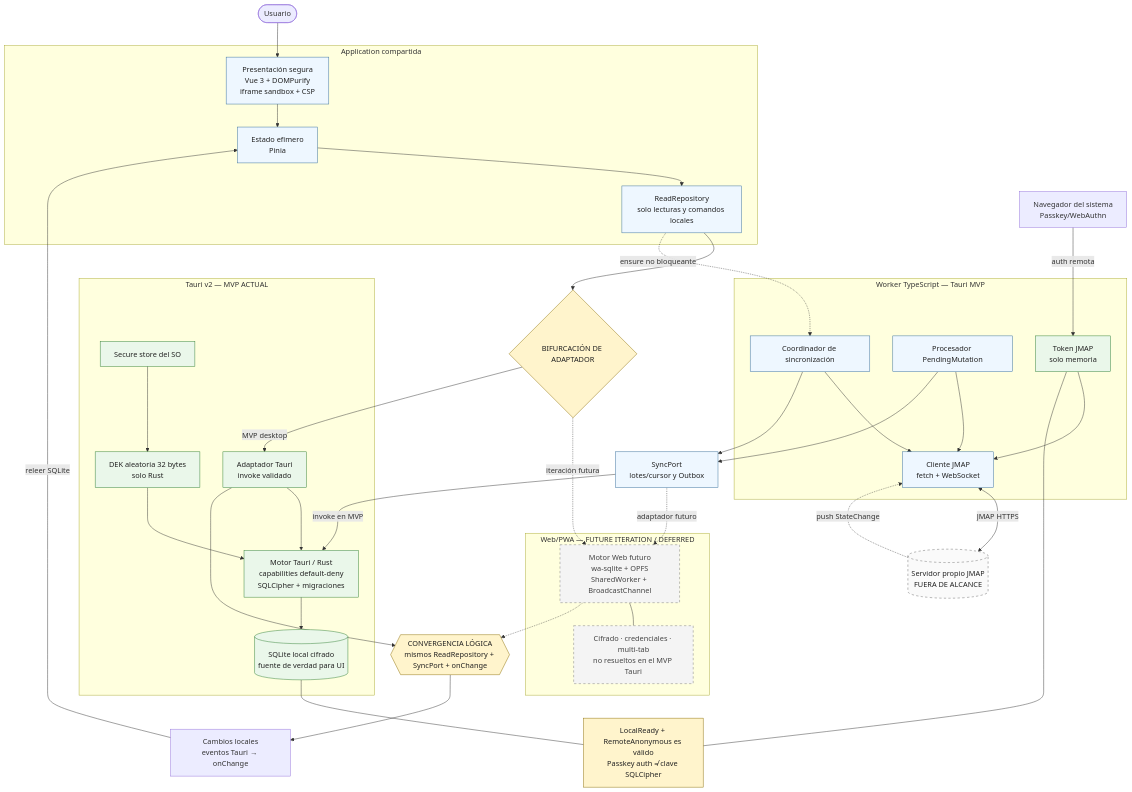
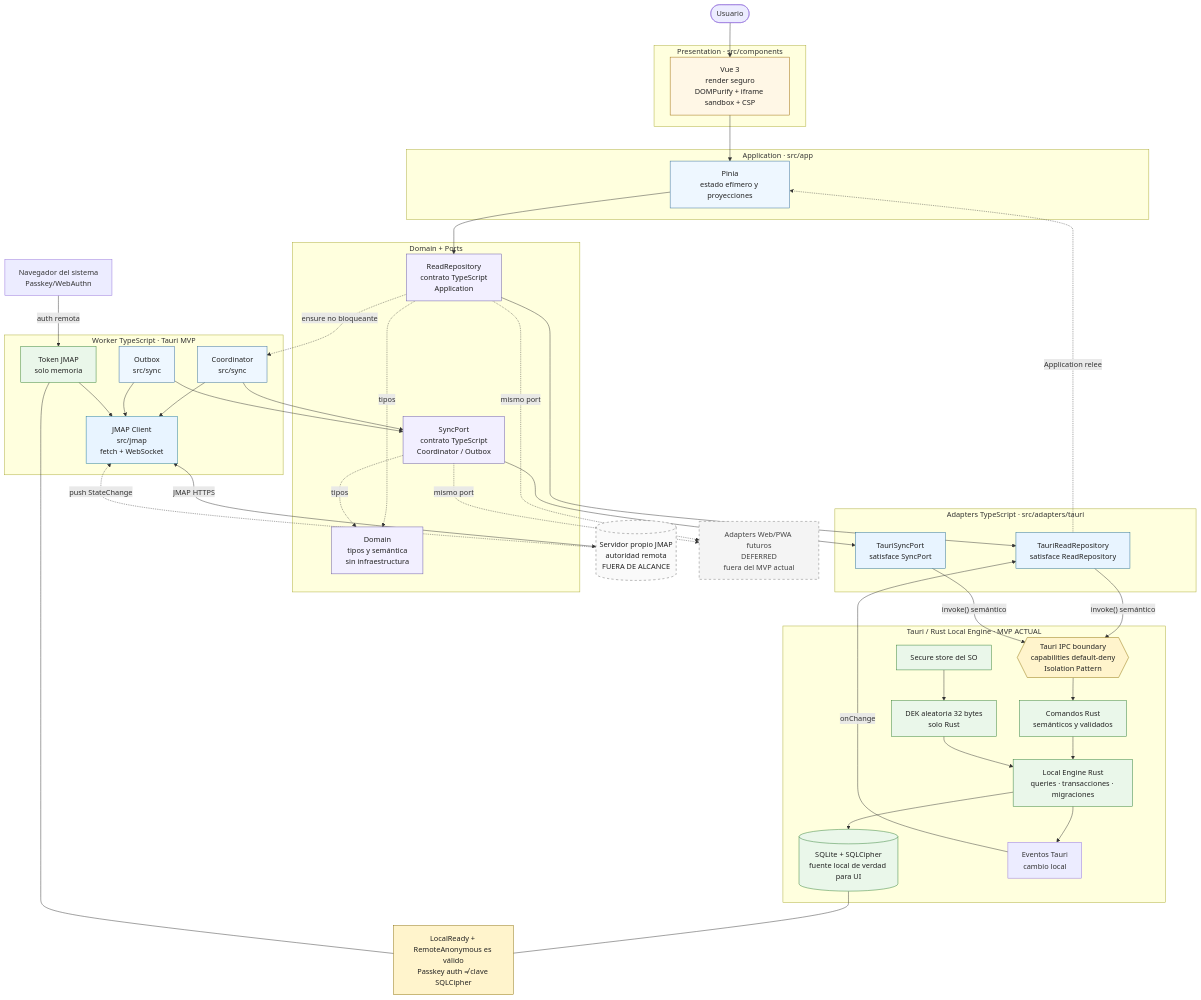
The diagram in docs/diagrams/layers-components.mmd (sebastiandperez/Correo-Boxplot), drawn with Mermaid before and after one commit. The commit also changed 19 other files, not shown here.

```diff
--- a/docs/diagrams/layers-components.mmd
+++ b/docs/diagrams/layers-components.mmd
@@ -1,85 +1,103 @@
 flowchart TD
     User(["Usuario"])
 
-    subgraph Application["Application compartida"]
-        UI["Presentación segura<br/>Vue 3 + DOMPurify<br/>iframe sandbox + CSP"]
-        State["Estado efímero<br/>Pinia"]
-        ReadRepo["ReadRepository<br/>solo lecturas y comandos locales"]
+    subgraph Presentation["Presentation · src/components"]
+        UI["Vue 3<br/>render seguro<br/>DOMPurify + iframe sandbox + CSP"]
     end
 
-    Split{"BIFURCACIÓN DE ADAPTADOR"}
+    subgraph Application["Application · src/app"]
+        State["Pinia<br/>estado efímero y proyecciones"]
+    end
 
-    subgraph TauriMVP["Tauri v2 — MVP ACTUAL"]
-        TauriAdapter["Adaptador Tauri<br/>invoke validado"]
-        Rust["Motor Tauri / Rust<br/>capabilities default-deny<br/>SQLCipher + migraciones"]
-        DB[("SQLite local cifrado<br/>fuente de verdad para UI")]
+    subgraph Core["Domain + Ports"]
+        Domain["Domain<br/>tipos y semántica<br/>sin infraestructura"]
+        ReadRepo["ReadRepository<br/>contrato TypeScript<br/>Application"]
+        SyncPort["SyncPort<br/>contrato TypeScript<br/>Coordinator / Outbox"]
+
+        ReadRepo -.->|"tipos"| Domain
+        SyncPort -.->|"tipos"| Domain
+    end
+
+    subgraph TauriAdapters["Adapters TypeScript · src/adapters/tauri"]
+        ReadAdapter["TauriReadRepository<br/>satisface ReadRepository"]
+        SyncAdapter["TauriSyncPort<br/>satisface SyncPort"]
+    end
+
+    subgraph Native["Tauri / Rust Local Engine · MVP ACTUAL"]
+        IPC{{"Tauri IPC boundary<br/>capabilities default-deny<br/>Isolation Pattern"}}
+        Commands["Comandos Rust<br/>semánticos y validados"]
+        Rust["Local Engine Rust<br/>queries · transacciones · migraciones"]
+        DB[("SQLite + SQLCipher<br/>fuente local de verdad para UI")]
         Secret["Secure store del SO"]
         DEK["DEK aleatoria 32 bytes<br/>solo Rust"]
+        Events["Eventos Tauri<br/>cambio local"]
 
-        TauriAdapter --> Rust
+        IPC --> Commands
+        Commands --> Rust
         Secret --> DEK
         DEK --> Rust
         Rust --> DB
+        Rust --> Events
     end
 
-    subgraph WebFuture["Web/PWA — FUTURE ITERATION / DEFERRED"]
-        WebEngine["Motor Web futuro<br/>wa-sqlite + OPFS<br/>SharedWorker + BroadcastChannel"]
-        WebOpen["Cifrado · credenciales · multi-tab<br/>no resueltos en el MVP Tauri"]
-        WebEngine --- WebOpen
-    end
-
-    Merge{{"CONVERGENCIA LÓGICA<br/>mismos ReadRepository + SyncPort + onChange"}}
-
-    subgraph Background["Worker TypeScript — Tauri MVP"]
-        Coordinator["Coordinador de sincronización"]
-        Outbox["Procesador PendingMutation"]
-        JMAP["Cliente JMAP<br/>fetch + WebSocket"]
+    subgraph Background["Worker TypeScript · Tauri MVP"]
+        Coordinator["Coordinator<br/>src/sync"]
+        Outbox["Outbox<br/>src/sync"]
+        JMAP["JMAP Client<br/>src/jmap<br/>fetch + WebSocket"]
         Token["Token JMAP<br/>solo memoria"]
 
         Coordinator --> JMAP
         Outbox --> JMAP
         Token --> JMAP
     end
 
-    SyncPort["SyncPort<br/>lotes/cursor y Outbox"]
-    Events["Cambios locales<br/>eventos Tauri → onChange"]
     Browser["Navegador del sistema<br/>Passkey/WebAuthn"]
-    Server[("Servidor propio JMAP<br/>FUERA DE ALCANCE")]
+    Server[("Servidor propio JMAP<br/>autoridad remota<br/>FUERA DE ALCANCE")]
+    WebFuture["Adapters Web/PWA futuros<br/>DEFERRED<br/>fuera del MVP actual"]
+    LocalNote["LocalReady + RemoteAnonymous es válido<br/>Passkey auth ≠ clave SQLCipher"]
 
     User --> UI
     UI --> State
     State --> ReadRepo
-    ReadRepo --> Split
+    ReadRepo --> ReadAdapter
+    ReadAdapter -->|"invoke() semántico"| IPC
 
-    Split -->|"MVP desktop"| TauriAdapter
-    Split -.->|"iteración futura"| WebEngine
-
-    TauriAdapter --> Merge
-    WebEngine -.-> Merge
-    Merge --> Events
-    Events -->|"releer SQLite"| State
+    Events -->|"onChange"| ReadAdapter
+    ReadAdapter -.->|"Application relee"| State
 
     ReadRepo -.->|"ensure no bloqueante"| Coordinator
     Coordinator --> SyncPort
     Outbox --> SyncPort
-    SyncPort -->|"invoke en MVP"| Rust
-    SyncPort -.->|"adaptador futuro"| WebEngine
+    SyncPort --> SyncAdapter
+    SyncAdapter -->|"invoke() semántico"| IPC
 
     Browser -->|"auth remota"| Token
     JMAP <-->|"JMAP HTTPS"| Server
     Server -.->|"push StateChange"| JMAP
 
-    LocalNote["LocalReady + RemoteAnonymous es válido<br/>Passkey auth ≠ clave SQLCipher"]
+    ReadRepo -.->|"mismo port"| WebFuture
+    SyncPort -.->|"mismo port"| WebFuture
+
     DB --- LocalNote
     Token --- LocalNote
 
-    classDef current fill:#eef7ff,stroke:#336b99,color:#222;
+    classDef presentation fill:#fff7e6,stroke:#9a6700,color:#222;
+    classDef application fill:#eef7ff,stroke:#336b99,color:#222;
+    classDef core fill:#f2efff,stroke:#6554a4,color:#222;
+    classDef adapter fill:#e8f4ff,stroke:#246b91,color:#222;
+    classDef sync fill:#eef7ff,stroke:#336b99,color:#222;
+    classDef remote fill:#e8f4ff,stroke:#1b7698,color:#222;
     classDef secure fill:#eaf7ea,stroke:#2f7d32,color:#222;
     classDef deferred fill:#f4f4f4,stroke:#777,stroke-dasharray:5 5,color:#444;
     classDef boundary fill:#fff4cc,stroke:#8a6d00,color:#222;
     classDef external fill:#fafafa,stroke:#666,stroke-dasharray:5 5,color:#222;
-    class UI,State,ReadRepo,Coordinator,Outbox,JMAP,SyncPort current;
-    class TauriAdapter,Rust,DB,Secret,DEK,Token secure;
-    class WebEngine,WebOpen deferred;
-    class Split,Merge,LocalNote boundary;
+    class UI presentation;
+    class State application;
+    class Coordinator,Outbox sync;
+    class JMAP remote;
+    class Domain,ReadRepo,SyncPort core;
+    class ReadAdapter,SyncAdapter adapter;
+    class Commands,Rust,DB,Secret,DEK,Token secure;
+    class WebFuture deferred;
+    class IPC,LocalNote boundary;
     class Server external;
```
